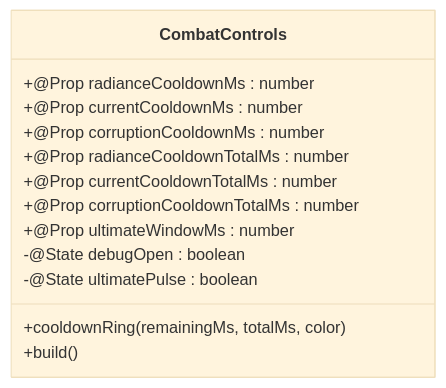
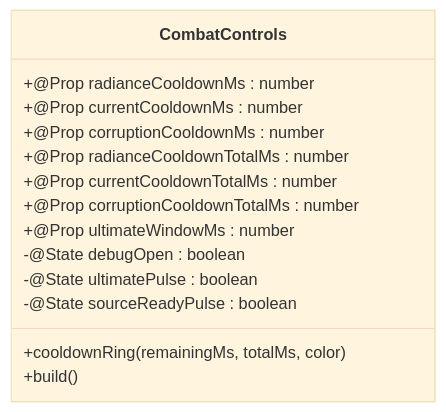
The fourth of 7 diagrams in .qoder/repowiki/zh/content/前端界面系统/战斗视觉反馈系统.md (sj123sheng/my-world), drawn with Mermaid (base theme) before and after one commit. The commit also changed other lines of this file and 160 other files, not shown here.

````diff
--- a/.qoder/repowiki/zh/content/前端界面系统/战斗视觉反馈系统.md
+++ b/.qoder/repowiki/zh/content/前端界面系统/战斗视觉反馈系统.md
@@ -168,16 +177,17 @@
 ```mermaid
 classDiagram
 class CombatControls {
 +@Prop radianceCooldownMs : number
 +@Prop currentCooldownMs : number
 +@Prop corruptionCooldownMs : number
 +@Prop radianceCooldownTotalMs : number
 +@Prop currentCooldownTotalMs : number
 +@Prop corruptionCooldownTotalMs : number
 +@Prop ultimateWindowMs : number
 -@State debugOpen : boolean
 -@State ultimatePulse : boolean
+-@State sourceReadyPulse : boolean
 +cooldownRing(remainingMs, totalMs, color)
 +build()
 }
 ```
````
